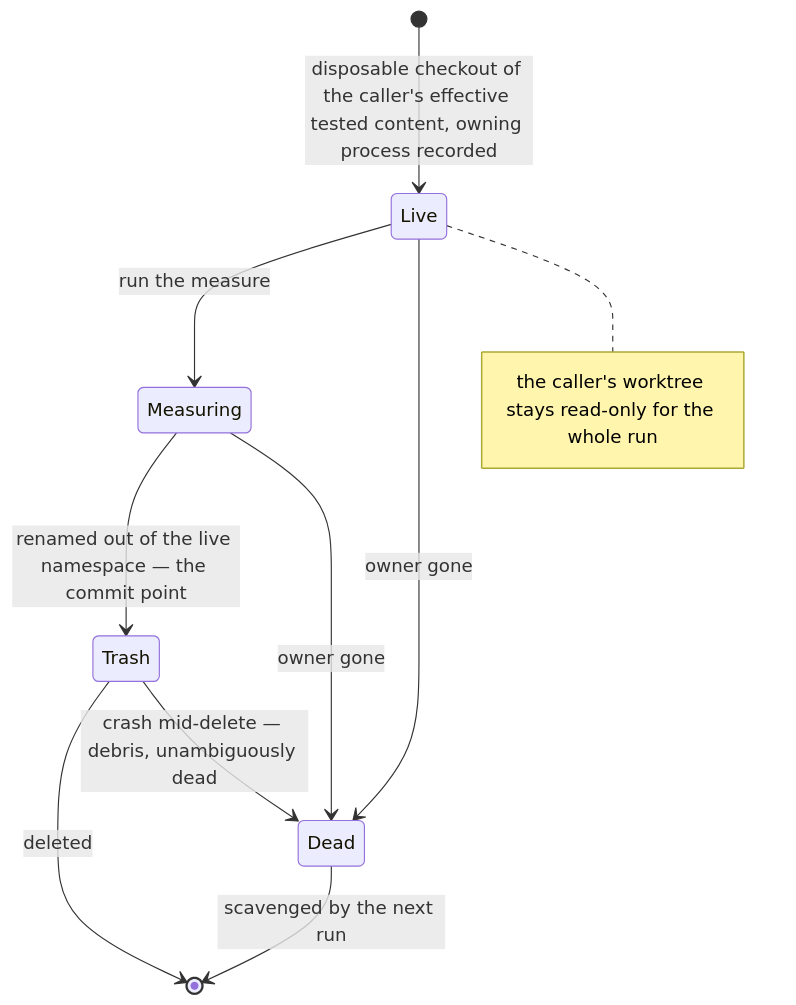
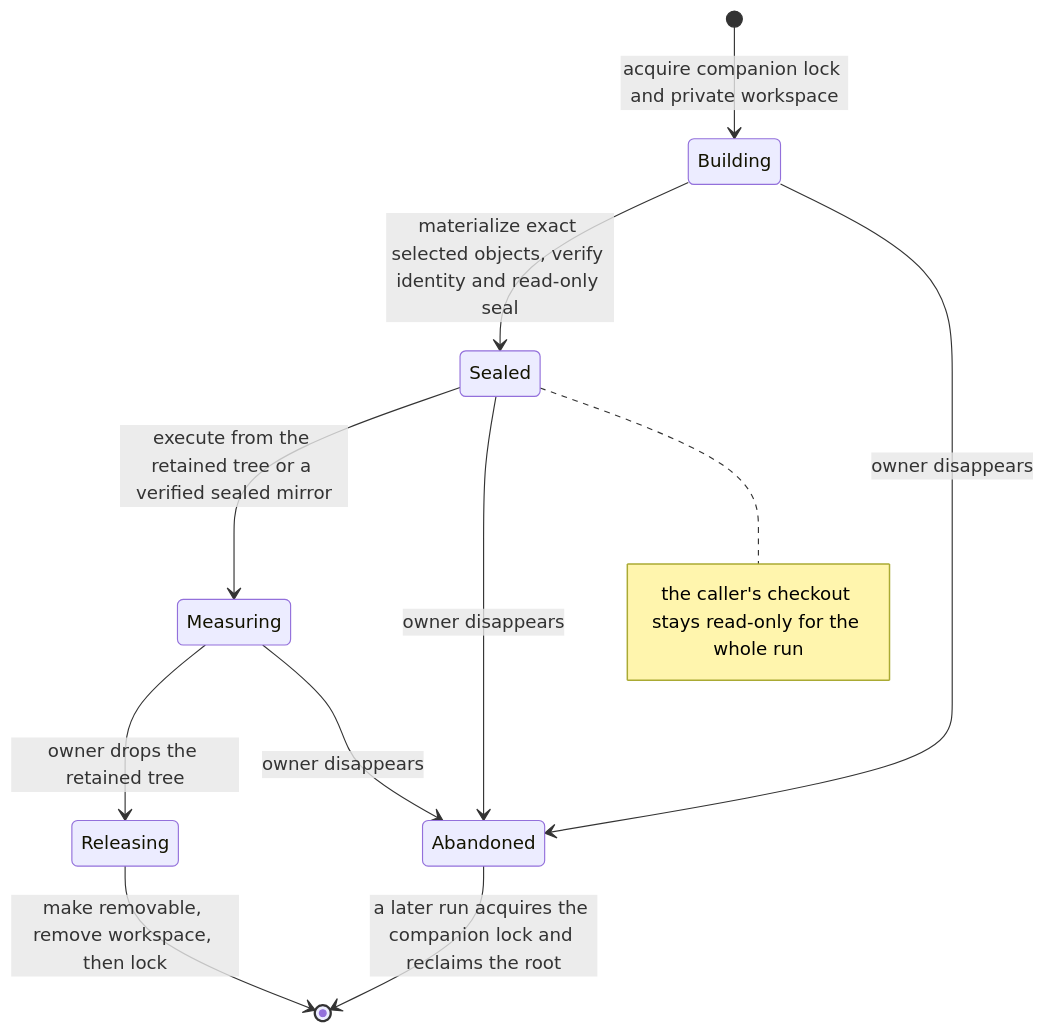
Before and after one commit to infimalabs/spice-rust: diagram 14 of 14 in docs/product/checks.md, drawn with Mermaid. The commit also changed other lines of this file and 71 other files, not shown here.

````diff
--- a/docs/product/checks.md
+++ b/docs/product/checks.md
@@ -453,14 +499,15 @@
 ```mermaid
 stateDiagram-v2
-  [*] --> Live : disposable checkout of the caller's effective tested content, owning process recorded
-  Live --> Measuring : run the measure
-  Measuring --> Trash : renamed out of the live namespace — the commit point
-  Trash --> [*] : deleted
-  Live --> Dead : owner gone
-  Measuring --> Dead : owner gone
-  Trash --> Dead : crash mid-delete — debris, unambiguously dead
-  Dead --> [*] : scavenged by the next run
-  note right of Live
-    the caller's worktree stays read-only for the whole run
+  [*] --> Building : acquire companion lock and private workspace
+  Building --> Sealed : materialize exact selected objects, verify identity and read-only seal
+  Sealed --> Measuring : execute from the retained tree or a verified sealed mirror
+  Measuring --> Releasing : owner drops the retained tree
+  Releasing --> [*] : make removable, remove workspace, then lock
+  Building --> Abandoned : owner disappears
+  Sealed --> Abandoned : owner disappears
+  Measuring --> Abandoned : owner disappears
+  Abandoned --> [*] : a later run acquires the companion lock and reclaims the root
+  note right of Sealed
+    the caller's checkout stays read-only for the whole run
   end note
 ```
````
